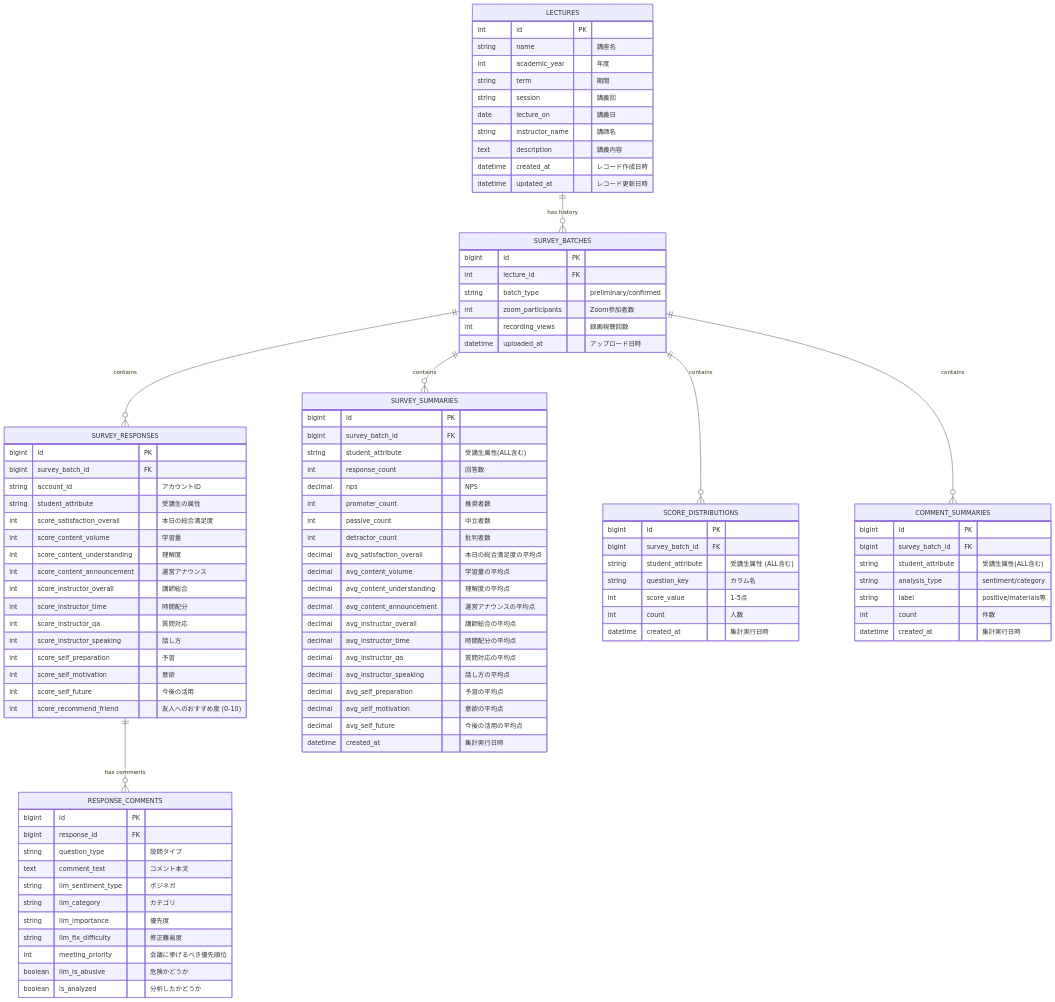
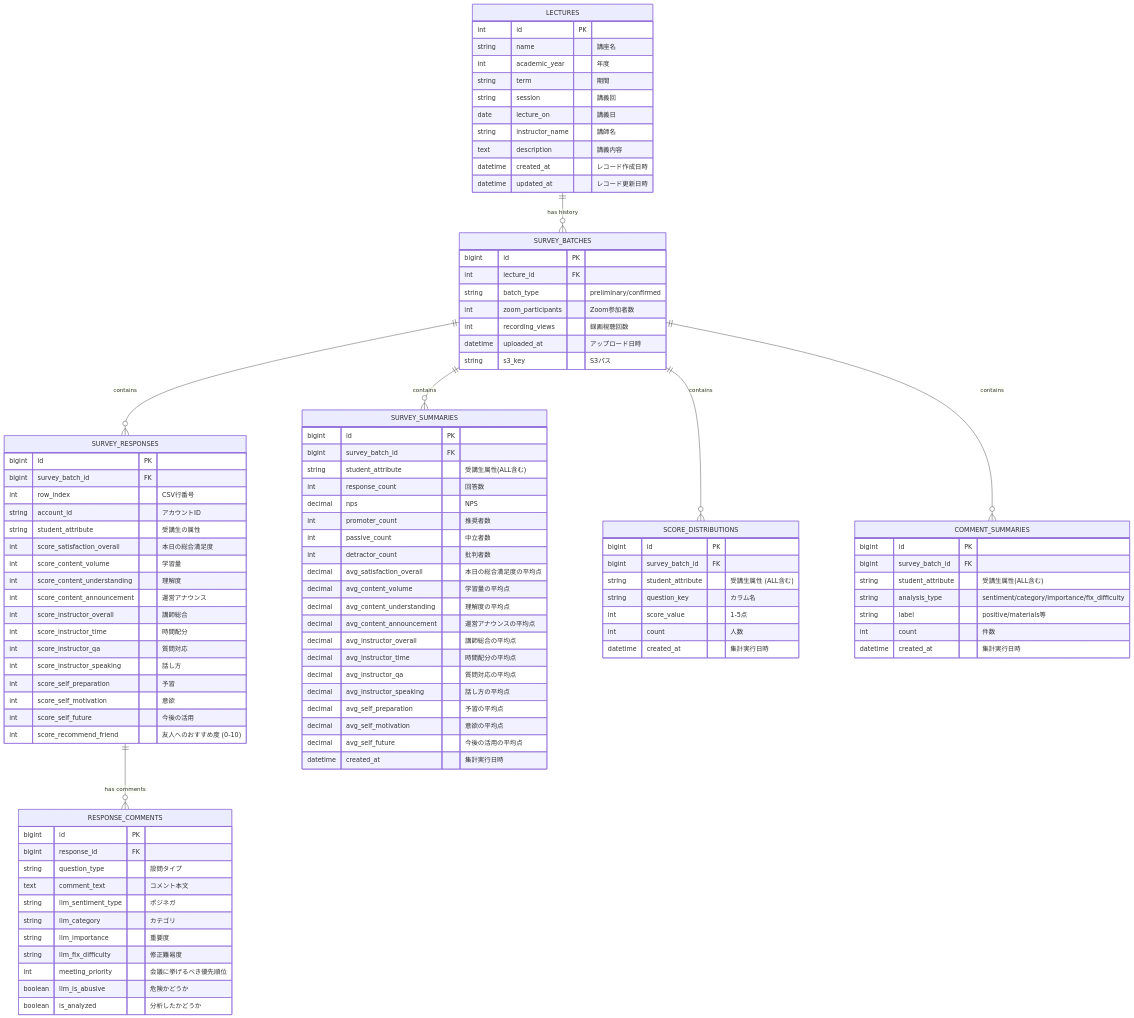
One commit to matsuolab/AIE-DXproject_1_front changed the diagram in docs/database.md. Above: the diagram before and after it, drawn with Mermaid. The commit also changed other lines of this file and 1 other file, not shown here.

Commit message:
docs: Update api and database specifications (#41)

```diff
--- a/docs/database.md
+++ b/docs/database.md
@@ -34,11 +34,13 @@
         int zoom_participants "Zoom参加者数"
         int recording_views "録画視聴回数"
         datetime uploaded_at "アップロード日時"
+        string s3_key "S3パス"
     }
 
     SURVEY_RESPONSES {
         bigint id PK
         bigint survey_batch_id FK
+        int row_index "CSV行番号"
         string account_id "アカウントID"
         string student_attribute "受講生の属性"
         int score_satisfaction_overall "本日の総合満足度"
@@ -62,7 +64,7 @@
         text comment_text "コメント本文"
         string llm_sentiment_type "ポジネガ"
         string llm_category "カテゴリ" 
-        string llm_importance "優先度"
+        string llm_importance "重要度"
         string llm_fix_difficulty "修正難易度" 
         int meeting_priority "会議に挙げるべき優先順位"
         boolean llm_is_abusive "危険かどうか"
@@ -106,7 +108,7 @@
         bigint id PK
         bigint survey_batch_id FK
         string student_attribute "受講生属性(ALL含む)"
-        string analysis_type "sentiment/category"
+        string analysis_type "sentiment/category/importance/fix_difficulty"
         string label "positive/materials等"
         int count "件数"
         datetime created_at "集計実行日時"
```
